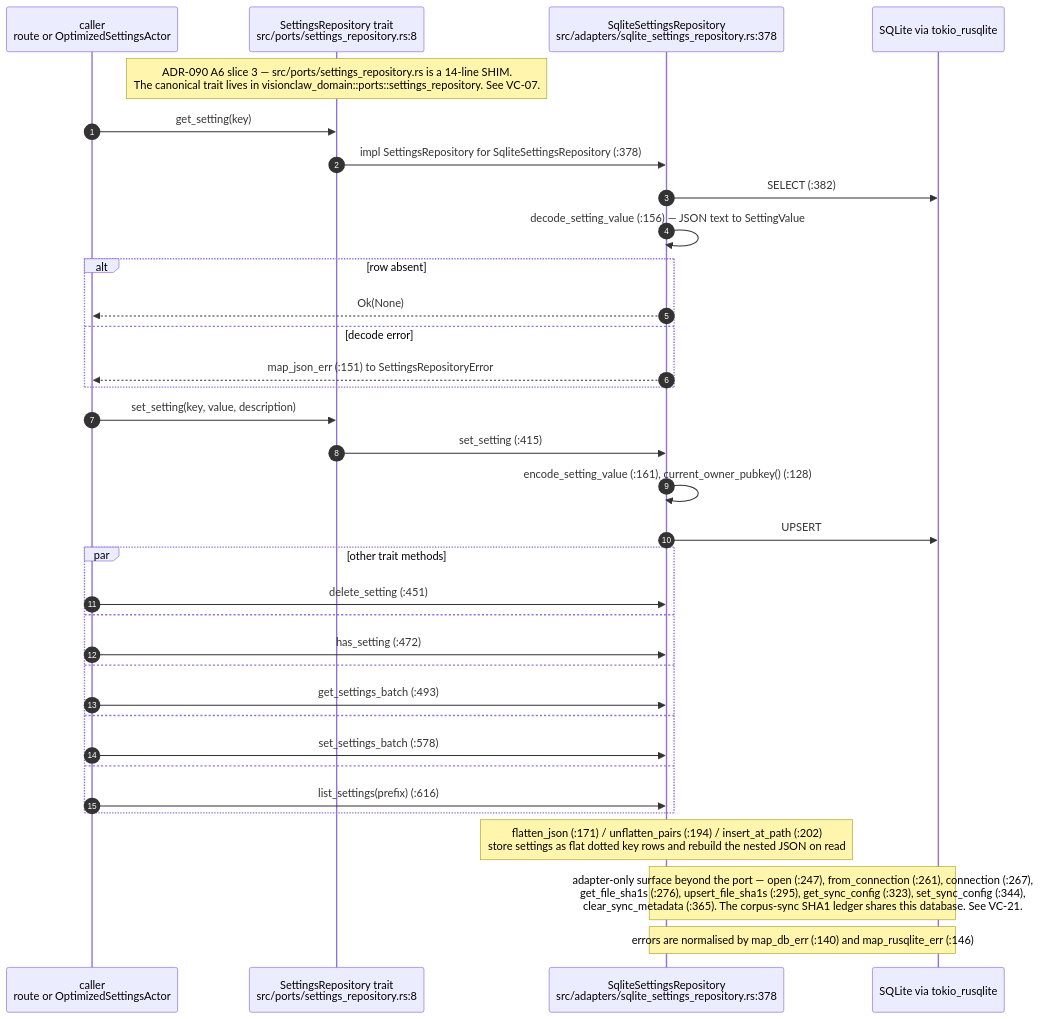
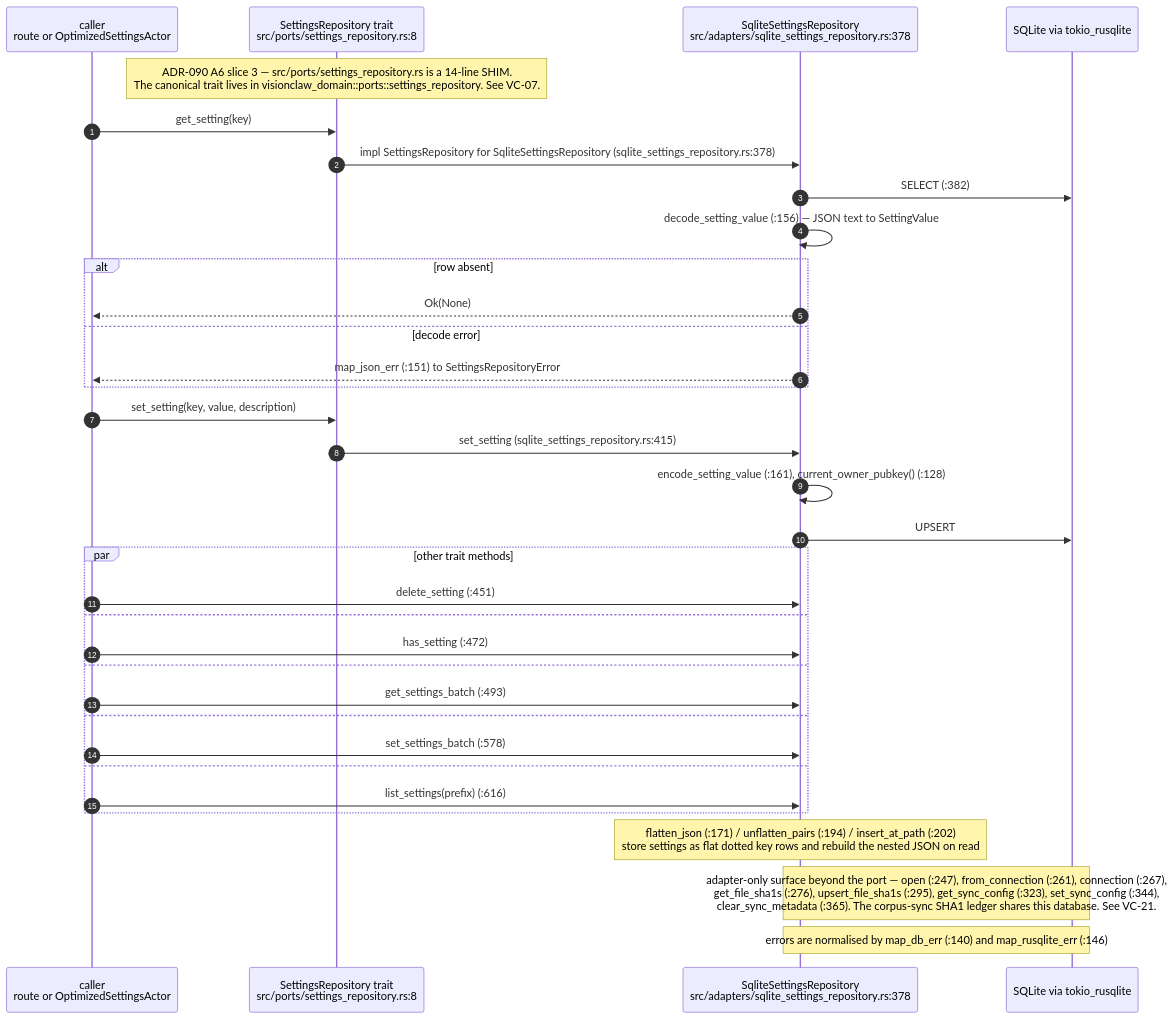
Before and after one commit to DreamLab-AI/VisionFlow: the seventh of 10 diagrams in docs/diagrams/visionclaw/06-settings-round-trip.md, drawn with Mermaid. The commit also changed other lines of this file and 52 other files, not shown here.

First line of the commit message:
docs(diagrams): wave 3 checkpoint — bare line refs resolved, revision-pinned cite-check, VC-05/AB-01..13 re-attested

````diff
--- a/docs/diagrams/visionclaw/06-settings-round-trip.md
+++ b/docs/diagrams/visionclaw/06-settings-round-trip.md
@@ -244,37 +246,37 @@
 ```mermaid
 sequenceDiagram
     autonumber
     participant A as caller<br/>route or OptimizedSettingsActor
     participant P as SettingsRepository trait<br/>src/ports/settings_repository.rs:8
     participant AD as SqliteSettingsRepository<br/>src/adapters/sqlite_settings_repository.rs:378
     participant DB as SQLite via tokio_rusqlite
 
     Note over P: ADR-090 A6 slice 3 — src/ports/settings_repository.rs is a 14-line SHIM.<br/>The canonical trait lives in visionclaw_domain::ports::settings_repository. See VC-07.
     A->>P: get_setting(key)
-    P->>AD: impl SettingsRepository for SqliteSettingsRepository (:378)
+    P->>AD: impl SettingsRepository for SqliteSettingsRepository (sqlite_settings_repository.rs:378)
     AD->>DB: SELECT (:382)
     AD->>AD: decode_setting_value (:156) — JSON text to SettingValue
     alt row absent
         AD-->>A: Ok(None)
     else decode error
         AD-->>A: map_json_err (:151) to SettingsRepositoryError
     end
     A->>P: set_setting(key, value, description)
-    P->>AD: set_setting (:415)
+    P->>AD: set_setting (sqlite_settings_repository.rs:415)
     AD->>AD: encode_setting_value (:161), current_owner_pubkey() (:128)
     AD->>DB: UPSERT
     par other trait methods
         A->>AD: delete_setting (:451)
     and
         A->>AD: has_setting (:472)
     and
         A->>AD: get_settings_batch (:493)
     and
         A->>AD: set_settings_batch (:578)
     and
         A->>AD: list_settings(prefix) (:616)
     end
     Note over AD: flatten_json (:171) / unflatten_pairs (:194) / insert_at_path (:202)<br/>store settings as flat dotted key rows and rebuild the nested JSON on read
     Note over AD,DB: adapter-only surface beyond the port — open (:247), from_connection (:261), connection (:267),<br/>get_file_sha1s (:276), upsert_file_sha1s (:295), get_sync_config (:323), set_sync_config (:344),<br/>clear_sync_metadata (:365). The corpus-sync SHA1 ledger shares this database. See VC-21.
     Note over AD,DB: errors are normalised by map_db_err (:140) and map_rusqlite_err (:146)
 ```
````
